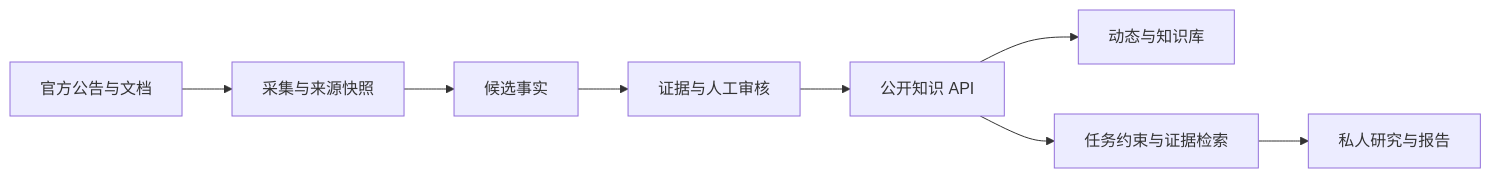
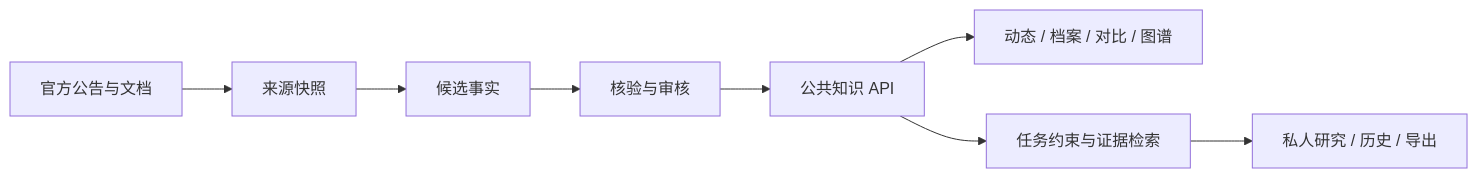
The diagram in README.md (xuerp/ai-knowledge-explorer), drawn with Mermaid before and after one commit. The commit also changed other lines of this file and 55 other files, not shown here.

````diff
--- a/README.md
+++ b/README.md
@@ -133,10 +82,10 @@
 ```mermaid
 flowchart LR
-    Source[官方公告与文档] --> Capture[采集与来源快照]
+    Source[官方公告与文档] --> Capture[来源快照]
     Capture --> Candidate[候选事实]
-    Candidate --> Review[证据与人工审核]
-    Review --> Public[公开知识 API]
-    Public --> Web[动态与知识库]
-    Public --> Decision[任务约束与证据检索]
-    Decision --> Report[私人研究与报告]
+    Candidate --> Review[核验与审核]
+    Review --> Knowledge[公共知识 API]
+    Knowledge --> Browse[动态 / 档案 / 对比 / 图谱]
+    Knowledge --> Research[任务约束与证据检索]
+    Research --> Report[私人研究 / 历史 / 导出]
 ```
````
